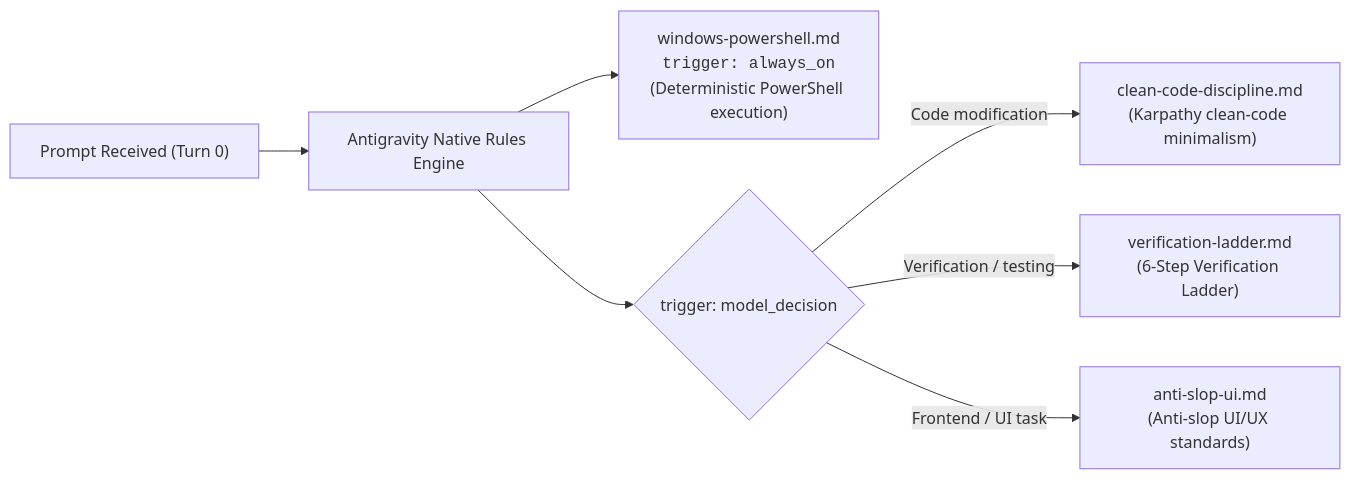
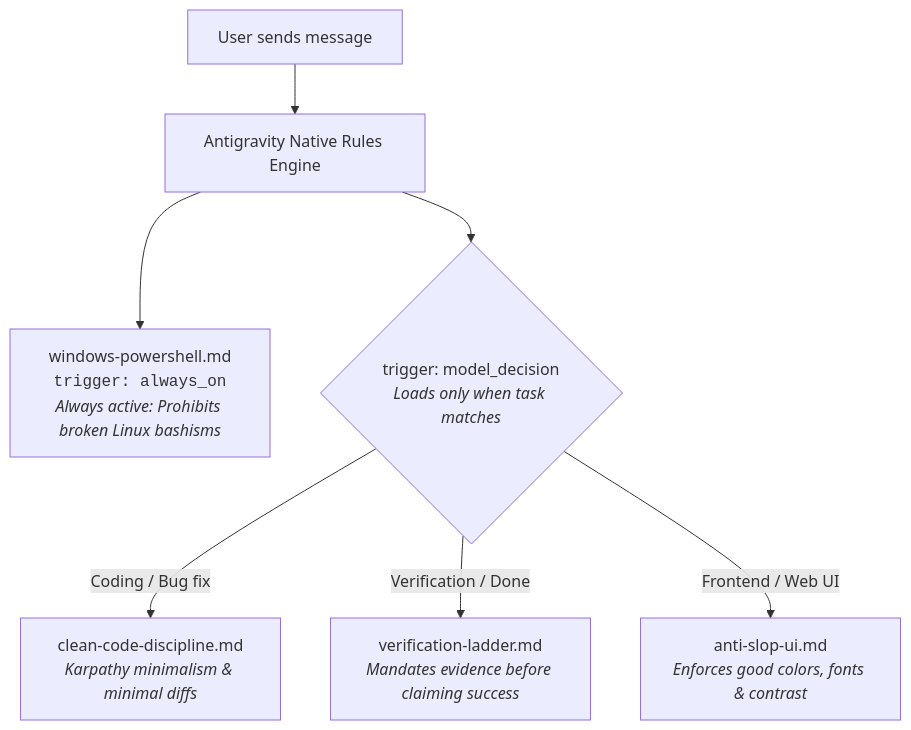
The fourth of 4 diagrams in README.md (SFRREX/antigravity-config), drawn with Mermaid before and after one commit. The commit also changed other lines of this file and 18 other files, not shown here.

````diff
--- a/README.md
+++ b/README.md
@@ -337,9 +193,11 @@
 ```mermaid
-flowchart LR
-    Turn0["Prompt Received (Turn 0)"] --> RuleEngine["Antigravity Native Rules Engine"]
-    RuleEngine --> AlwaysOn["windows-powershell.md<br/><code>trigger: always_on</code><br/>(Deterministic PowerShell execution)"]
-    RuleEngine --> Dec1{"trigger: model_decision"}
-    Dec1 -->|"Code modification"| R_Clean["clean-code-discipline.md<br/>(Karpathy clean-code minimalism)"]
-    Dec1 -->|"Verification / testing"| R_Verify["verification-ladder.md<br/>(6-Step Verification Ladder)"]
-    Dec1 -->|"Frontend / UI task"| R_Slop["anti-slop-ui.md<br/>(Anti-slop UI/UX standards)"]
+flowchart TD
+    Prompt["User sends message"] --> Engine["Antigravity Native Rules Engine"]
+    
+    Engine --> R1["windows-powershell.md<br/><code>trigger: always_on</code><br/><i>Always active: Prohibits broken Linux bashisms</i>"]
+    
+    Engine --> Dec{"trigger: model_decision<br/><i>Loads only when task matches</i>"}
+    Dec -->|"Coding / Bug fix"| R2["clean-code-discipline.md<br/><i>Karpathy minimalism & minimal diffs</i>"]
+    Dec -->|"Verification / Done"| R3["verification-ladder.md<br/><i>Mandates evidence before claiming success</i>"]
+    Dec -->|"Frontend / Web UI"| R4["anti-slop-ui.md<br/><i>Enforces good colors, fonts & contrast</i>"]
 ```
````
